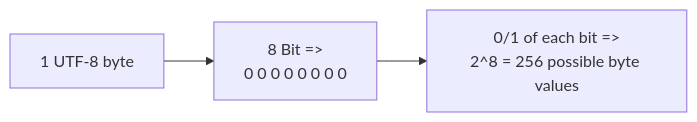
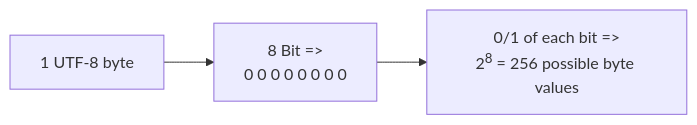
One commit to ChrisZhu2050/chriszhu2050.github.io changed the third of 3 diagrams in README.md. Above: the diagram before and after it, drawn with Mermaid.

````diff
--- a/README.md
+++ b/README.md
@@ -60,6 +60,6 @@
         ```mermaid
           graph LR
               A["`1 UTF-8 byte`"] --> B["8 Bit => 
               0 0 0 0 0 0 0 0 "] --> C["`0/1 of each bit =>
-              2^8 = 256 possible byte values`"]
+              2<sup>8</sup> = 256 possible byte values`"]
         ```
````
